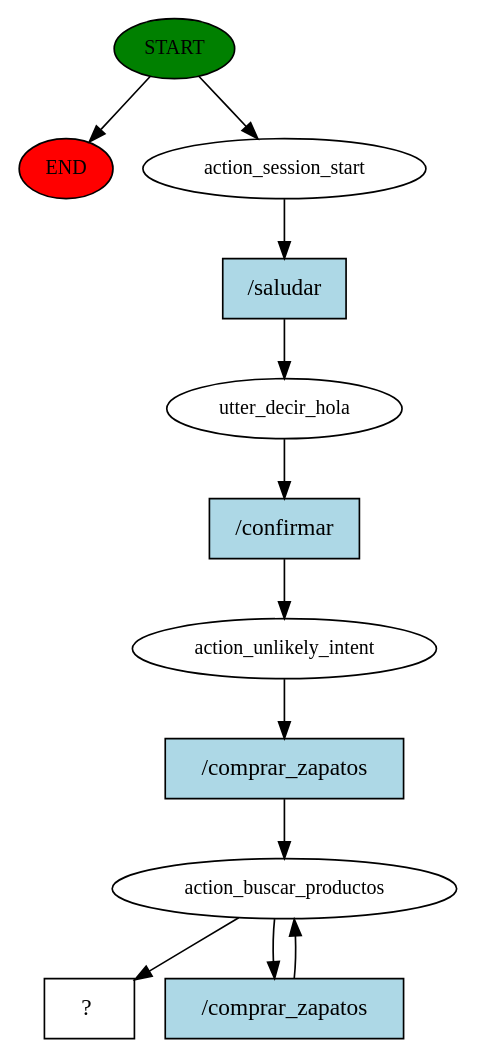
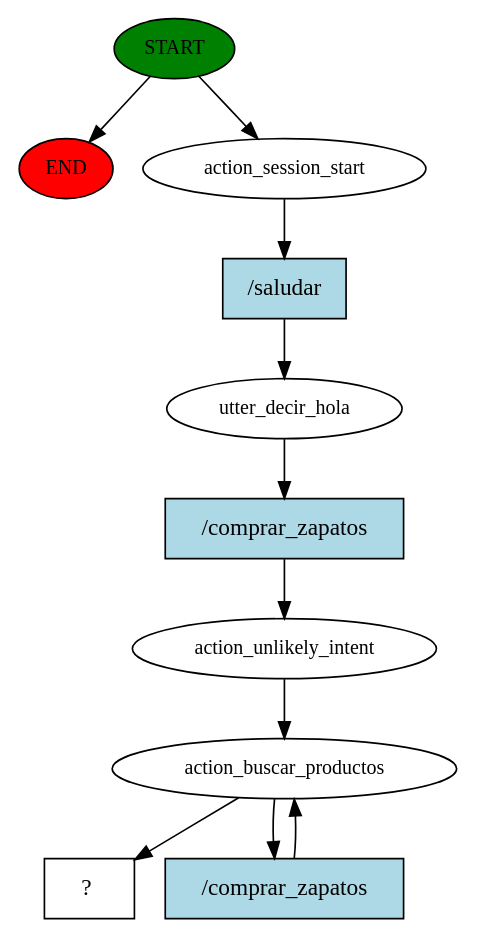
One commit to Daniel45450/chatbot_exploratoria changed the diagram in story_graph.dot. Above: the diagram before and after it, drawn with Graphviz. The commit also changed 5 other files, not shown here.

```diff
--- a/story_graph.dot
+++ b/story_graph.dot
@@ -1,24 +1,22 @@
 digraph  {
 0 [class="start active", fillcolor=green, fontsize=12, label=START, style=filled];
 "-1" [class=end, fillcolor=red, fontsize=12, label=END, style=filled];
 1 [class=active, fontsize=12, label=action_session_start];
 2 [class=active, fontsize=12, label=utter_decir_hola];
 3 [class=active, fontsize=12, label=action_unlikely_intent];
 4 [class=active, fontsize=12, label=action_buscar_productos];
-27 [class="intent dashed active", label="  ?  ", shape=rect];
-28 [class="intent active", fillcolor=lightblue, label="/saludar", shape=rect, style=filled];
-29 [class="intent active", fillcolor=lightblue, label="/confirmar", shape=rect, style=filled];
-30 [class="intent active", fillcolor=lightblue, label="/comprar_zapatos", shape=rect, style=filled];
-31 [class="intent active", fillcolor=lightblue, label="/comprar_zapatos", shape=rect, style=filled];
+14 [class="intent dashed active", label="  ?  ", shape=rect];
+15 [class="intent active", fillcolor=lightblue, label="/saludar", shape=rect, style=filled];
+16 [class="intent active", fillcolor=lightblue, label="/comprar_zapatos", shape=rect, style=filled];
+17 [class="intent active", fillcolor=lightblue, label="/comprar_zapatos", shape=rect, style=filled];
 0 -> "-1"  [class="", key=NONE, label=""];
 0 -> 1  [class=active, key=NONE, label=""];
-1 -> 28  [class=active, key=0];
-2 -> 29  [class=active, key=0];
-3 -> 30  [class=active, key=0];
-4 -> 27  [class=active, key=NONE, label=""];
-4 -> 31  [class=active, key=0];
-28 -> 2  [class=active, key=0];
-29 -> 3  [class=active, key=0];
-30 -> 4  [class=active, key=0];
-31 -> 4  [class=active, key=0];
+1 -> 15  [class=active, key=0];
+2 -> 16  [class=active, key=0];
+3 -> 4  [class=active, key=NONE, label=""];
+4 -> 14  [class=active, key=NONE, label=""];
+4 -> 17  [class=active, key=0];
+15 -> 2  [class=active, key=0];
+16 -> 3  [class=active, key=0];
+17 -> 4  [class=active, key=0];
 }
```
